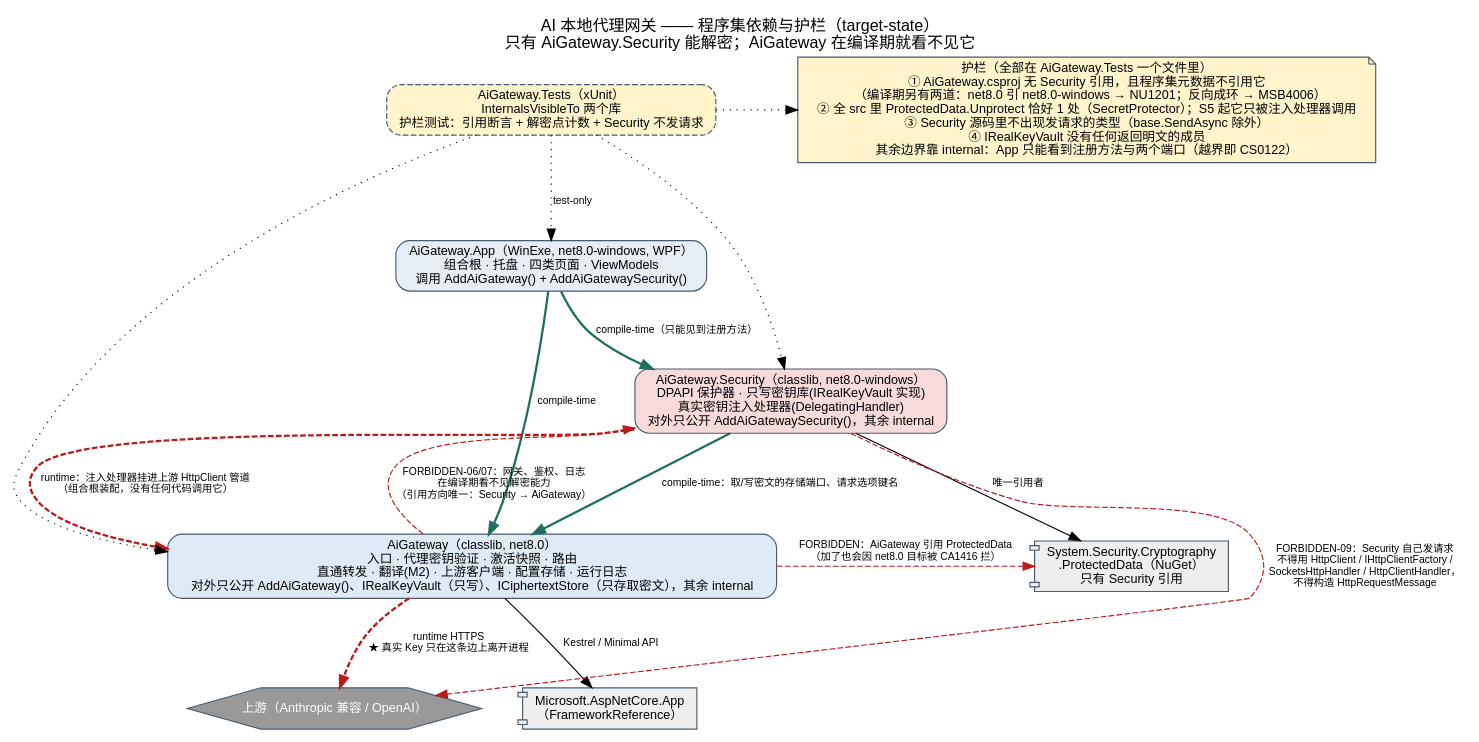
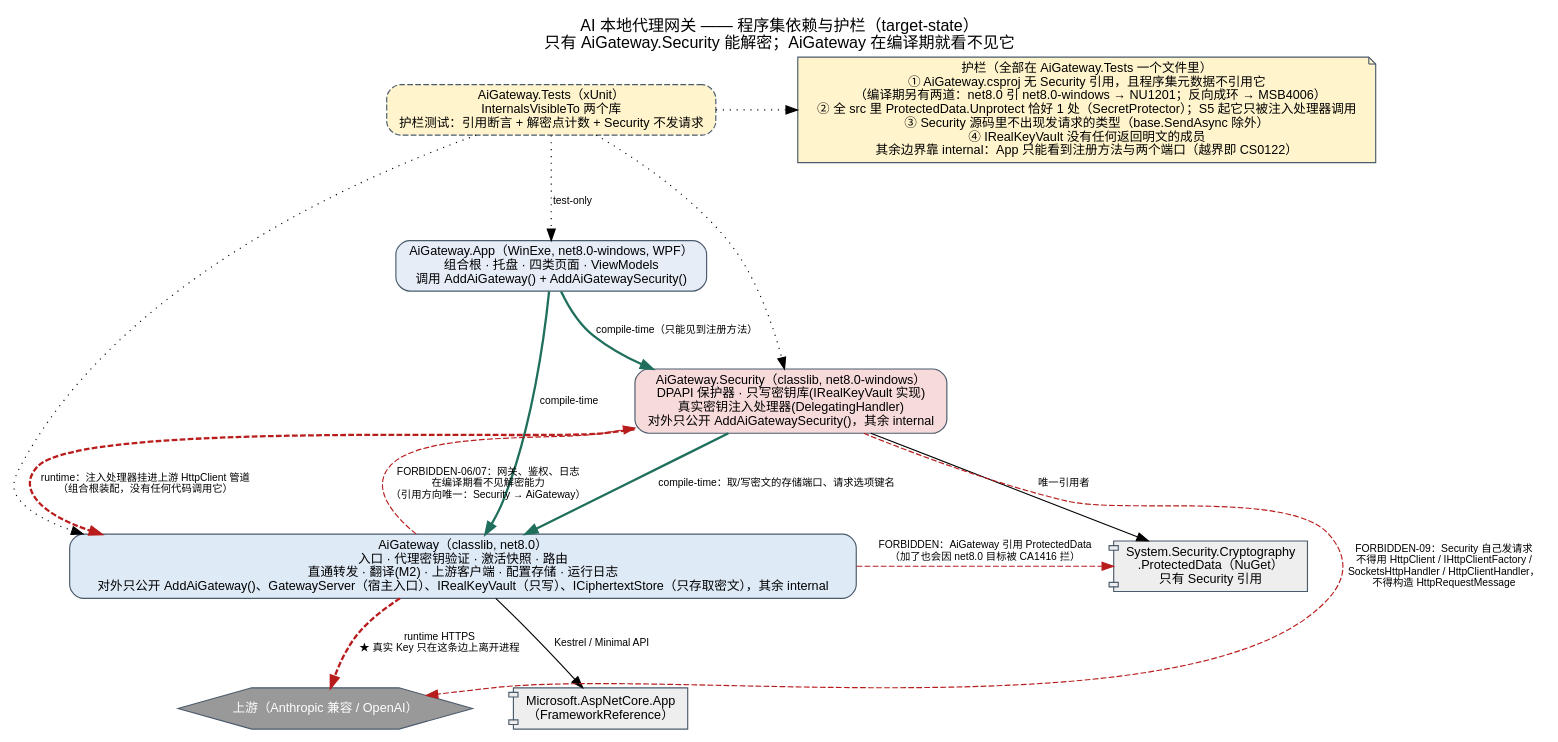
One commit to sonder123i/keyhaven changed the diagram in docs/architecture/ai-gateway.dependencies.dot. Above: the diagram before and after it, drawn with Graphviz. The commit also changed 16 other files, not shown here.

```diff
--- a/docs/architecture/ai-gateway.dependencies.dot
+++ b/docs/architecture/ai-gateway.dependencies.dot
@@ -1,49 +1,49 @@
 // ai-gateway.dependencies.dot
 // 程序集依赖与护栏（2026-10-15 按 review 决策重写：10 个程序集收成 3 个产品程序集 + 1 个测试项目）。
 // 读法：实线 = 编译期引用；虚线 = 运行时装配；红色虚线 = 禁止边（禁令，不是现状），constraint=false 不参与分层。
 // 设计意图：只给"密钥"这一条脊柱留编译期边界；其余边界靠 internal 可见性 + 一个小测试文件。
 digraph AiGatewayDeps {
     rankdir=TB;
     nodesep=0.5;
     ranksep=0.8;
     fontname="Sans-Serif";
     labelloc=t;
     label="AI 本地代理网关 —— 程序集依赖与护栏（target-state）\n只有 AiGateway.Security 能解密；AiGateway 在编译期就看不见它";
 
     node [fontname="Sans-Serif", fontsize=11, shape=box, style="rounded,filled", fillcolor="#f5f7fa", color="#4a5b6c"];
     edge [fontname="Sans-Serif", fontsize=9];
 
     App [label="AiGateway.App（WinExe, net8.0-windows, WPF）\n组合根 · 托盘 · 四类页面 · ViewModels\n调用 AddAiGateway() + AddAiGatewaySecurity()", fillcolor="#e6edf7"];
 
-    Lib [label="AiGateway（classlib, net8.0）\n入口 · 代理密钥验证 · 激活快照 · 路由\n直通转发 · 翻译(M2) · 上游客户端 · 配置存储 · 运行日志\n对外只公开 AddAiGateway()、IRealKeyVault（只写）、ICiphertextStore（只存取密文），其余 internal", fillcolor="#dfeaf7"];
+    Lib [label="AiGateway（classlib, net8.0）\n入口 · 代理密钥验证 · 激活快照 · 路由\n直通转发 · 翻译(M2) · 上游客户端 · 配置存储 · 运行日志\n对外只公开 AddAiGateway()、GatewayServer（宿主入口）、IRealKeyVault（只写）、ICiphertextStore（只存取密文），其余 internal", fillcolor="#dfeaf7"];
 
     Sec [label="AiGateway.Security（classlib, net8.0-windows）\nDPAPI 保护器 · 只写密钥库(IRealKeyVault 实现)\n真实密钥注入处理器(DelegatingHandler)\n对外只公开 AddAiGatewaySecurity()，其余 internal", fillcolor="#f7dada"];
 
     Tests [label="AiGateway.Tests（xUnit）\nInternalsVisibleTo 两个库\n护栏测试：引用断言 + 解密点计数 + Security 不发请求", style="rounded,filled,dashed", fillcolor="#fff4cc"];
 
     Pkg [label="System.Security.Cryptography\n.ProtectedData（NuGet）\n只有 Security 引用", shape=component, fillcolor="#eeeeee"];
     AspNet [label="Microsoft.AspNetCore.App\n（FrameworkReference）", shape=component, fillcolor="#eeeeee"];
     Upstream [label="上游（Anthropic 兼容 / OpenAI）", shape=hexagon, style=filled, fillcolor="#999999", fontcolor="#ffffff"];
 
     // ---------- 编译期引用（现状目标） ----------
     App -> Lib [label="compile-time", color="#1f6f5c", penwidth=2];
     App -> Sec [label="compile-time（只能见到注册方法）", color="#1f6f5c", penwidth=2];
     Sec -> Lib [label="compile-time：取/写密文的存储端口、请求选项键名", color="#1f6f5c", penwidth=2];
     Sec -> Pkg [label="唯一引用者"];
     Lib -> AspNet [label="Kestrel / Minimal API"];
     Tests -> App [style=dotted, label="test-only"];
     Tests -> Lib [style=dotted];
     Tests -> Sec [style=dotted];
 
     // ---------- 运行时装配 ----------
     Sec -> Lib [label="runtime：注入处理器挂进上游 HttpClient 管道\n（组合根装配，没有任何代码调用它）", style=dashed, color="#b91c1c", penwidth=2, constraint=false];
     Lib -> Upstream [label="runtime HTTPS\n★ 真实 Key 只在这条边上离开进程", style=dashed, color="#b91c1c", penwidth=2];
 
     // ---------- 禁止边（禁令，由编译器或护栏测试拦截） ----------
     Lib -> Sec [label="FORBIDDEN-06/07：网关、鉴权、日志\n在编译期看不见解密能力\n（引用方向唯一：Security → AiGateway）", color="#b91c1c", style=dashed, constraint=false];
     Lib -> Pkg [label="FORBIDDEN：AiGateway 引用 ProtectedData\n（加了也会因 net8.0 目标被 CA1416 拦）", color="#b91c1c", style=dashed, constraint=false];
     Sec -> Upstream [label="FORBIDDEN-09：Security 自己发请求\n不得用 HttpClient / IHttpClientFactory /\nSocketsHttpHandler / HttpClientHandler，\n不得构造 HttpRequestMessage", color="#b91c1c", style=dashed, constraint=false];
 
     guard [label="护栏（全部在 AiGateway.Tests 一个文件里）\n① AiGateway.csproj 无 Security 引用，且程序集元数据不引用它\n   （编译期另有两道：net8.0 引 net8.0-windows → NU1201；反向成环 → MSB4006）\n② 全 src 里 ProtectedData.Unprotect 恰好 1 处（SecretProtector）；S5 起它只被注入处理器调用\n③ Security 源码里不出现发请求的类型（base.SendAsync 除外）\n④ IRealKeyVault 没有任何返回明文的成员\n其余边界靠 internal：App 只能看到注册方法与两个端口（越界即 CS0122）", shape=note, style="rounded,filled", fillcolor="#fff4cc"];
     Tests -> guard [style=dotted, constraint=false];
 }
```
